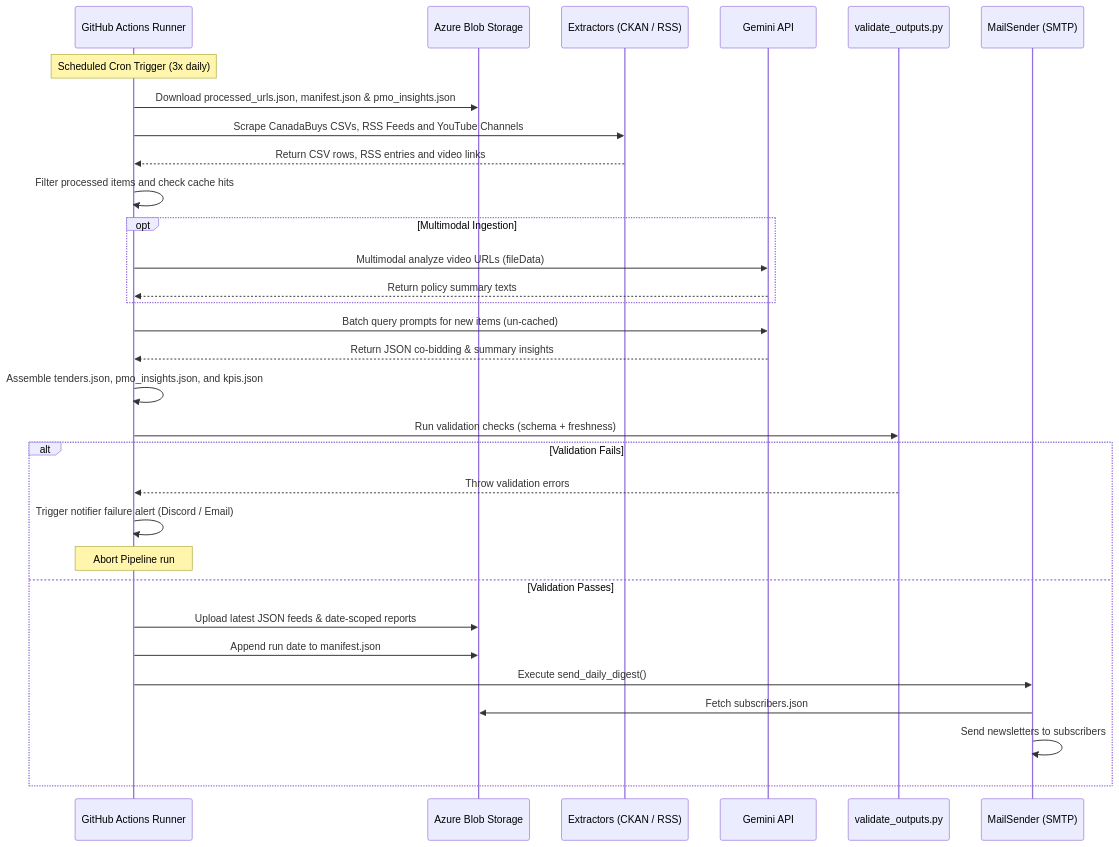
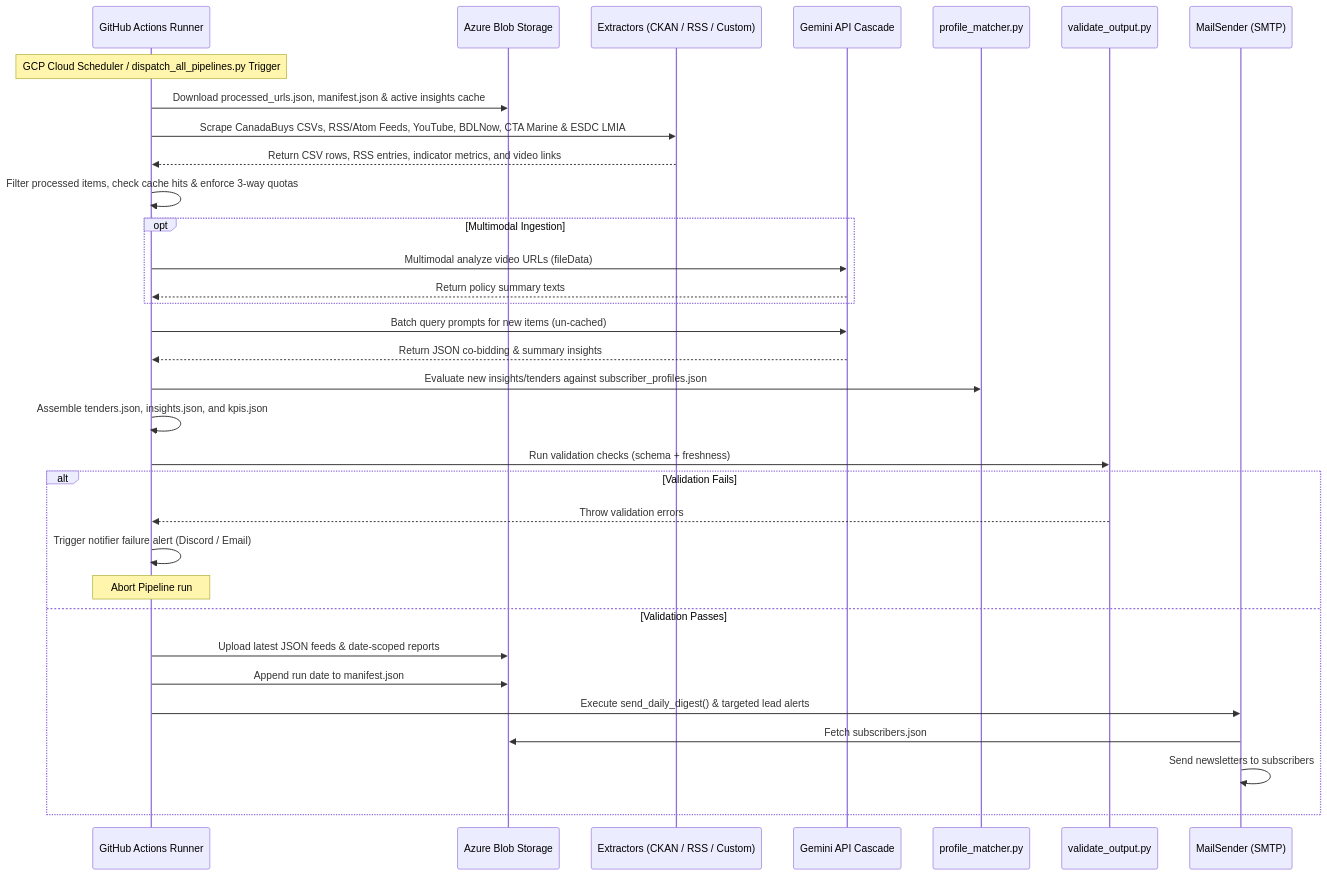
One commit to 4mayAi/canadian-grant-intelligence changed the second of 2 diagrams in docs/architecture_arc42.md. Above: the diagram before and after it, drawn with Mermaid. The commit also changed other lines of this file and 11 other files, not shown here.

Commit message:
Update arc42 architecture documents and log recent sessions

````diff
--- a/docs/architecture_arc42.md
+++ b/docs/architecture_arc42.md
@@ -144,34 +165,36 @@
 ```mermaid
 sequenceDiagram
     participant Job as GitHub Actions Runner
     participant Azure as Azure Blob Storage
-    participant Ext as Extractors (CKAN / RSS)
-    participant LLM as Gemini API
-    participant Valid as validate_outputs.py
+    participant Ext as Extractors (CKAN / RSS / Custom)
+    participant LLM as Gemini API Cascade
+    participant Match as profile_matcher.py
+    participant Valid as validate_output.py
     participant Mail as MailSender (SMTP)
 
-    Note over Job: Scheduled Cron Trigger (3x daily)
-    Job->>Azure: Download processed_urls.json, manifest.json & pmo_insights.json
-    Job->>Ext: Scrape CanadaBuys CSVs, RSS Feeds and YouTube Channels
-    Ext-->>Job: Return CSV rows, RSS entries and video links
-    Job->>Job: Filter processed items and check cache hits
+    Note over Job: GCP Cloud Scheduler / dispatch_all_pipelines.py Trigger
+    Job->>Azure: Download processed_urls.json, manifest.json & active insights cache
+    Job->>Ext: Scrape CanadaBuys CSVs, RSS/Atom Feeds, YouTube, BDLNow, CTA Marine & ESDC LMIA
+    Ext-->>Job: Return CSV rows, RSS entries, indicator metrics, and video links
+    Job->>Job: Filter processed items, check cache hits & enforce 3-way quotas
     opt Multimodal Ingestion
         Job->>LLM: Multimodal analyze video URLs (fileData)
         LLM-->>Job: Return policy summary texts
     end
     Job->>LLM: Batch query prompts for new items (un-cached)
     LLM-->>Job: Return JSON co-bidding & summary insights
-    Job->>Job: Assemble tenders.json, pmo_insights.json, and kpis.json
+    Job->>Match: Evaluate new insights/tenders against subscriber_profiles.json
+    Job->>Job: Assemble tenders.json, insights.json, and kpis.json
     Job->>Valid: Run validation checks (schema + freshness)
     alt Validation Fails
         Valid-->>Job: Throw validation errors
         Job->>Job: Trigger notifier failure alert (Discord / Email)
         Note over Job: Abort Pipeline run
     else Validation Passes
         Job->>Azure: Upload latest JSON feeds & date-scoped reports
         Job->>Azure: Append run date to manifest.json
-        Job->>Mail: Execute send_daily_digest()
+        Job->>Mail: Execute send_daily_digest() & targeted lead alerts
         Mail->>Azure: Fetch subscribers.json
         Mail->>Mail: Send newsletters to subscribers
     end
 ```
````
